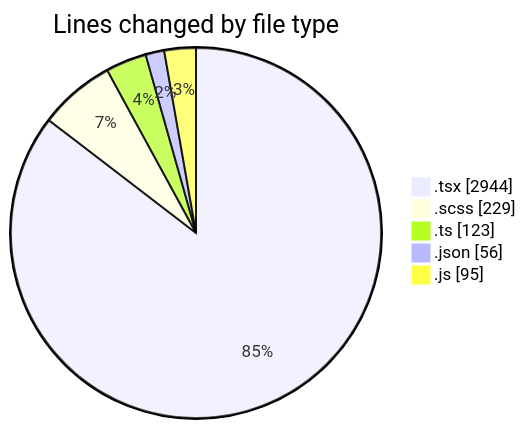
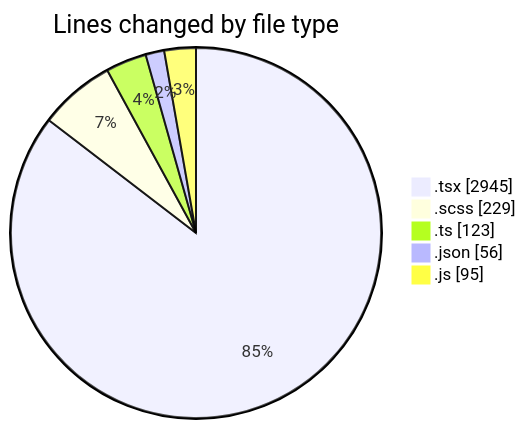
Before and after one commit to momahboobian/code-tracking: the first of 2 diagrams in 2026-10-30/cda/README.md, drawn with Mermaid. The commit also changed other lines of this file and 1 other file, not shown here.

````diff
--- a/2026-10-30/cda/README.md
+++ b/2026-10-30/cda/README.md
@@ -41,9 +41,9 @@
 ```mermaid
 pie showData
 title Lines changed by file type
-".tsx" : 2944
+".tsx" : 2945
 ".scss" : 229
 ".ts" : 123
 ".json" : 56
 ".js" : 95
 ```
````
